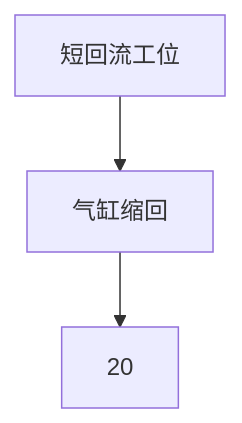
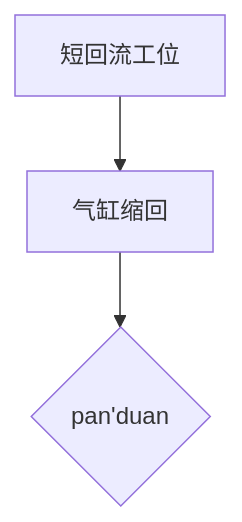
Before and after one commit to zmq000/iodraw-files: the diagram in all/未命名.md, drawn with Mermaid.

Commit message:
2026-06-17 20:56:52 update

````diff
--- a/all/未命名.md
+++ b/all/未命名.md
@@ -1,6 +1,6 @@
 ```mermaid
 graph TD
 0[短回流工位]-->10
 10[气缸缩回]-->20
-20
+20{pan'duan}
 ```
````
